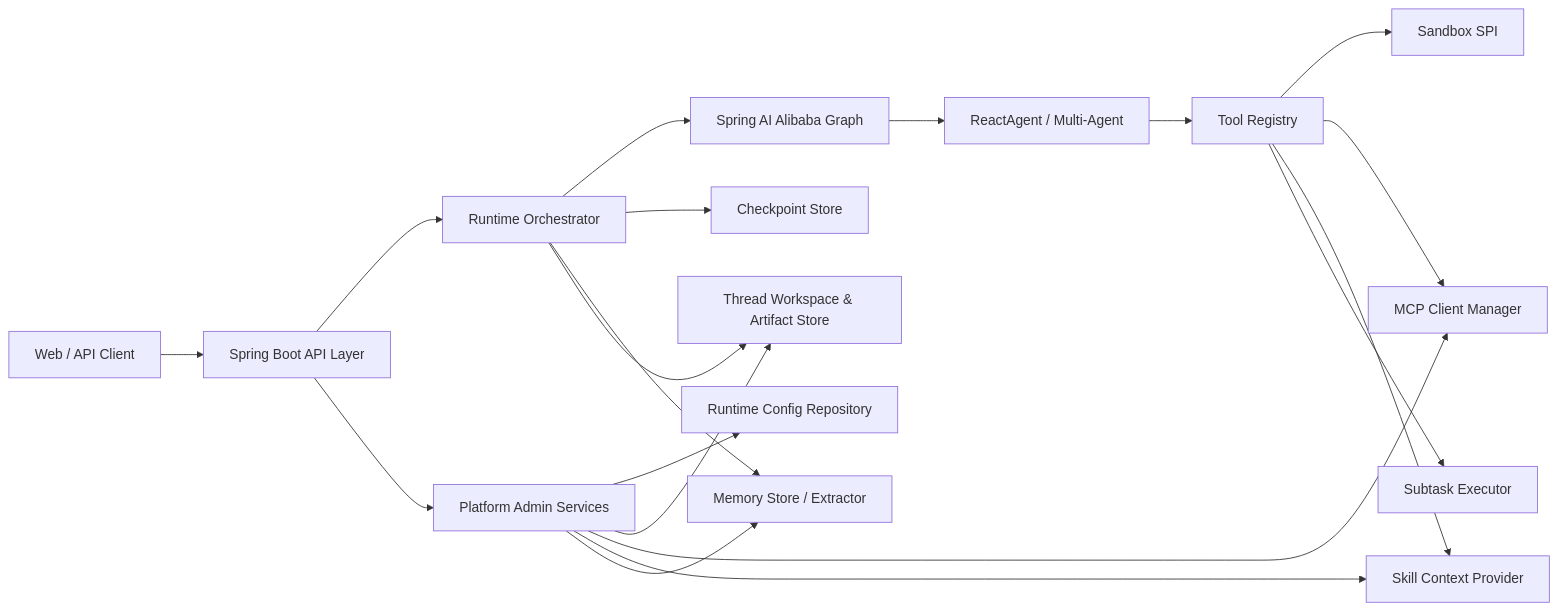
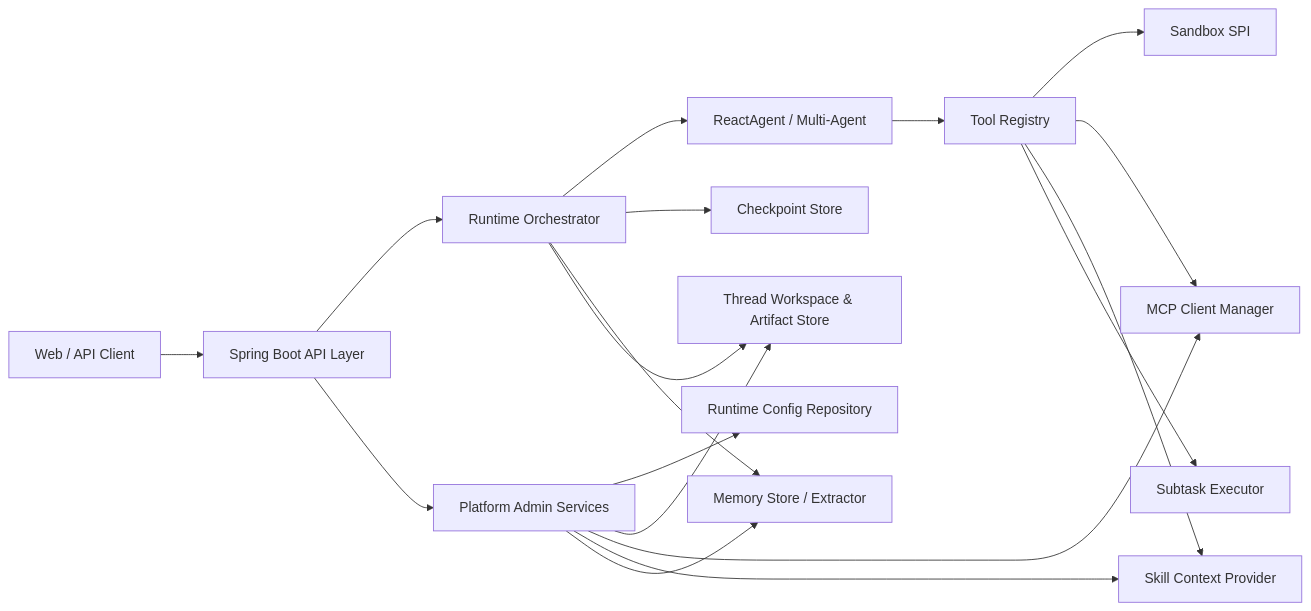
Before and after one commit to shihaoxiong/mai: the first of 2 diagrams in docs/java-deerflow/03-architecture.md, drawn with Mermaid. The commit also changed other lines of this file and 13 other files, not shown here.

Commit message:
feat: add lead agent prompt context and clarification flow

````diff
--- a/docs/java-deerflow/03-architecture.md
+++ b/docs/java-deerflow/03-architecture.md
@@ -43,25 +43,24 @@
 ```mermaid
 flowchart LR
     Client["Web / API Client"] --> Api["Spring Boot API Layer"]
     Api --> Runtime["Runtime Orchestrator"]
     Api --> Admin["Platform Admin Services"]
 
-    Runtime --> Graph["Spring AI Alibaba Graph"]
-    Graph --> Agent["ReactAgent / Multi-Agent"]
+    Runtime --> Agent["ReactAgent / Multi-Agent"]
     Agent --> Tools["Tool Registry"]
 
     Tools --> Sandbox["Sandbox SPI"]
     Tools --> Mcp["MCP Client Manager"]
     Tools --> Skills["Skill Context Provider"]
     Tools --> Subtasks["Subtask Executor"]
 
     Runtime --> Checkpoint["Checkpoint Store"]
     Runtime --> Memory["Memory Store / Extractor"]
     Runtime --> Files["Thread Workspace & Artifact Store"]
 
     Admin --> Config["Runtime Config Repository"]
     Admin --> Files
     Admin --> Mcp
     Admin --> Skills
     Admin --> Memory
 ```
````
